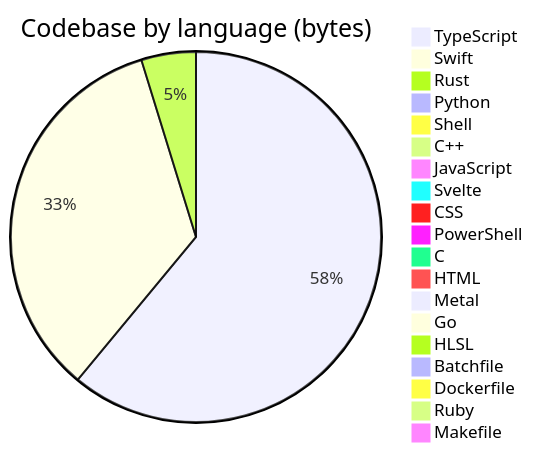
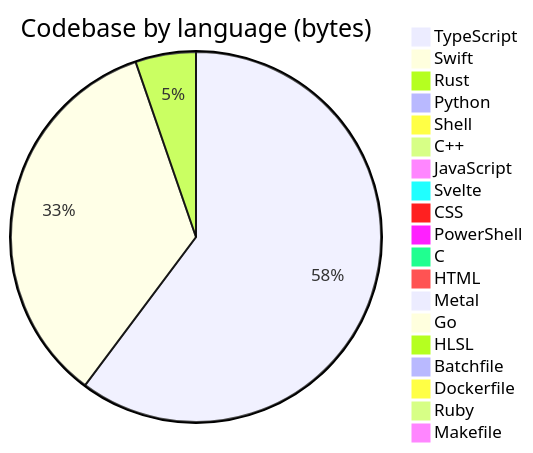
One commit to Open330/.github changed the diagram in profile/README.md. Above: the diagram before and after it, drawn with Mermaid. The commit also changed other lines of this file, not shown here.

````diff
--- a/profile/README.md
+++ b/profile/README.md
@@ -130,22 +130,22 @@
 ```mermaid
 pie title Codebase by language (bytes)
-    "TypeScript" : 34493965
-    "Swift" : 19351539
-    "Rust" : 2692212
-    "Python" : 550915
-    "Shell" : 535096
+    "TypeScript" : 34523438
+    "Swift" : 19774624
+    "Rust" : 3029091
+    "Python" : 558918
+    "Shell" : 544549
     "C++" : 388775
     "JavaScript" : 369505
     "Svelte" : 143451
     "CSS" : 143226
-    "PowerShell" : 128198
+    "PowerShell" : 129999
     "C" : 114143
     "HTML" : 55101
     "Metal" : 33033
     "Go" : 22811
     "HLSL" : 7527
     "Batchfile" : 5870
     "Dockerfile" : 4893
     "Ruby" : 1554
     "Makefile" : 1150
 ```
````
